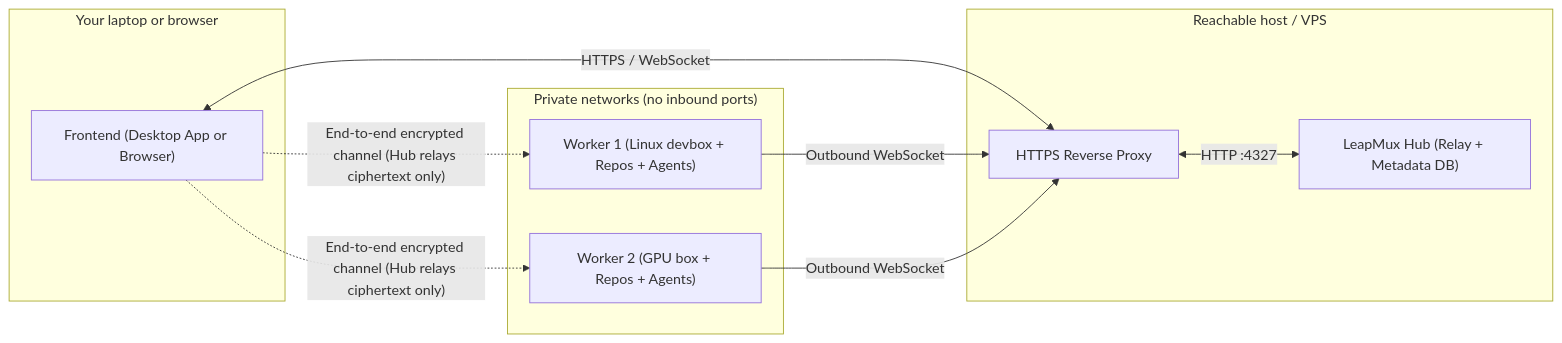
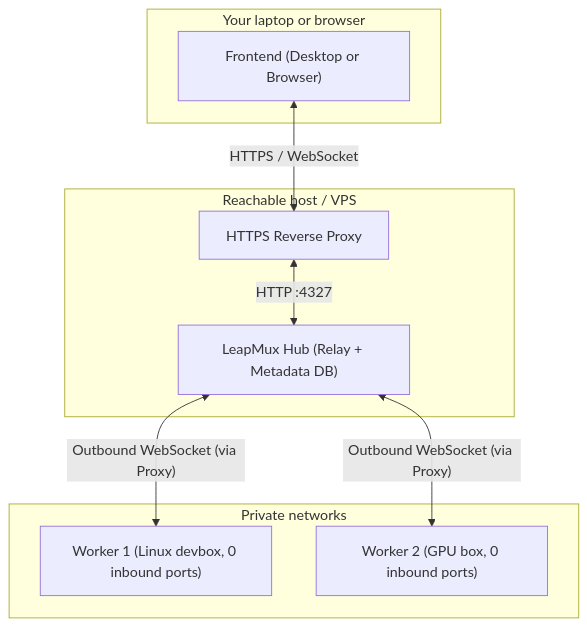
Before and after one commit to leapmux/leapmux: the diagram in site/content/docs/getting-started/ways-to-run.md, drawn with Mermaid. The commit also changed other lines of this file and 82 other files, not shown here.

First line of the commit message:
docs(site): Fix diagrams, expand UI screenshots, and clarify docs

````diff
--- a/site/content/docs/getting-started/ways-to-run.md
+++ b/site/content/docs/getting-started/ways-to-run.md
@@ -25,23 +25,21 @@
 ```mermaid
-flowchart LR
+flowchart TD
   subgraph Client["Your laptop or browser"]
-    FE["Frontend (Desktop App or Browser)"]
+    FE["Frontend (Desktop or Browser)"]
   end
 
   subgraph Reachable["Reachable host / VPS"]
     Proxy["HTTPS Reverse Proxy"]
     Hub["LeapMux Hub (Relay + Metadata DB)"]
+    Proxy <-->|"HTTP :4327"| Hub
   end
 
-  subgraph Private["Private networks (no inbound ports)"]
-    W1["Worker 1 (Linux devbox + Repos + Agents)"]
-    W2["Worker 2 (GPU box + Repos + Agents)"]
+  subgraph Private["Private networks"]
+    W1["Worker 1 (Linux devbox, 0 inbound ports)"]
+    W2["Worker 2 (GPU box, 0 inbound ports)"]
   end
 
   FE <-->|"HTTPS / WebSocket"| Proxy
-  Proxy <-->|"HTTP :4327"| Hub
-  W1 -->|"Outbound WebSocket"| Proxy
-  W2 -->|"Outbound WebSocket"| Proxy
-  FE -. "End-to-end encrypted channel (Hub relays ciphertext only)" .-> W1
-  FE -. "End-to-end encrypted channel (Hub relays ciphertext only)" .-> W2
+  Hub <-->|"Outbound WebSocket (via Proxy)"| W1
+  Hub <-->|"Outbound WebSocket (via Proxy)"| W2
 ```
````
